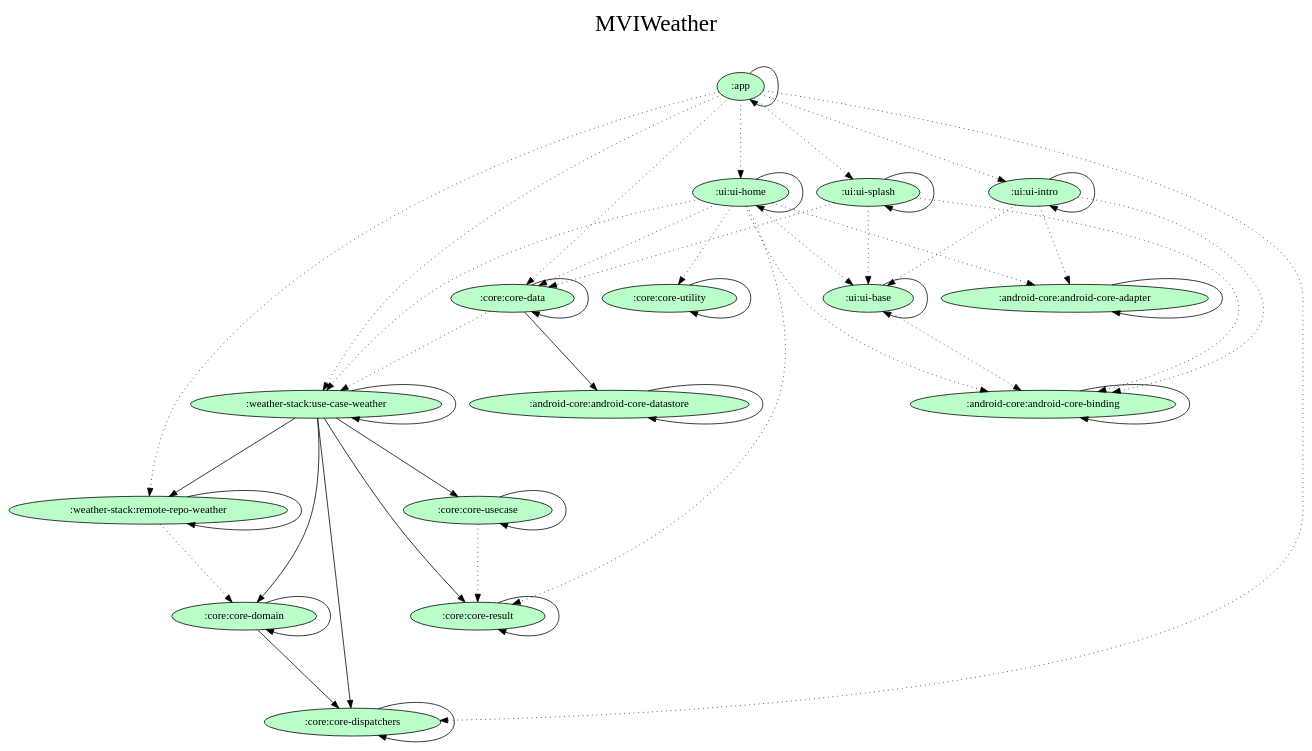
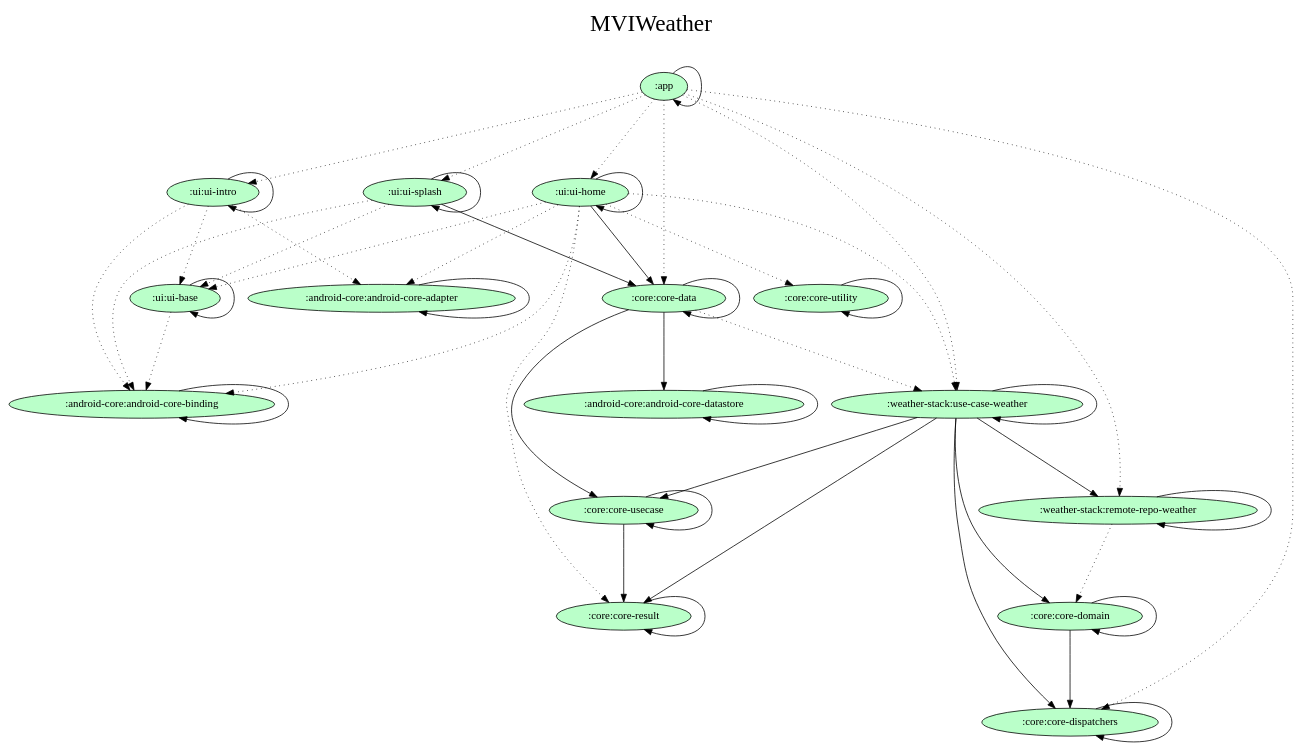
One commit to NXAN2901/mvi-coroutine changed the diagram in gradle/dependency-graph/project.dot. Above: the diagram before and after it, drawn with Graphviz. The commit also changed 1 other file, not shown here.

Commit message:
Update dependency graph

```diff
--- a/gradle/dependency-graph/project.dot
+++ b/gradle/dependency-graph/project.dot
@@ -1,76 +1,77 @@
 digraph {
   graph [label="MVIWeather\n ",labelloc=t,fontsize=30,ranksep=1.4];
   node [style=filled, fillcolor="#bbbbbb"];
   rankdir=TB;
 
   # Projects
 
   ":android-core:android-core-adapter" [fillcolor="#baffc9"];
   ":android-core:android-core-binding" [fillcolor="#baffc9"];
   ":android-core:android-core-datastore" [fillcolor="#baffc9"];
   ":app" [fillcolor="#baffc9"];
   ":core:core-data" [fillcolor="#baffc9"];
   ":core:core-dispatchers" [fillcolor="#baffc9"];
   ":core:core-domain" [fillcolor="#baffc9"];
   ":core:core-result" [fillcolor="#baffc9"];
   ":core:core-usecase" [fillcolor="#baffc9"];
   ":core:core-utility" [fillcolor="#baffc9"];
   ":ui:ui-base" [fillcolor="#baffc9"];
   ":ui:ui-home" [fillcolor="#baffc9"];
   ":ui:ui-intro" [fillcolor="#baffc9"];
   ":ui:ui-splash" [fillcolor="#baffc9"];
   ":weather-stack:remote-repo-weather" [fillcolor="#baffc9"];
   ":weather-stack:use-case-weather" [fillcolor="#baffc9"];
 
   {rank = same;}
 
   # Dependencies
 
   ":app" -> ":app"
   ":app" -> ":ui:ui-splash" [style=dotted]
   ":app" -> ":ui:ui-intro" [style=dotted]
   ":app" -> ":ui:ui-home" [style=dotted]
   ":app" -> ":weather-stack:remote-repo-weather" [style=dotted]
   ":app" -> ":core:core-dispatchers" [style=dotted]
   ":app" -> ":core:core-data" [style=dotted]
   ":app" -> ":weather-stack:use-case-weather" [style=dotted]
   ":android-core:android-core-adapter" -> ":android-core:android-core-adapter"
   ":android-core:android-core-binding" -> ":android-core:android-core-binding"
   ":android-core:android-core-datastore" -> ":android-core:android-core-datastore"
   ":core:core-data" -> ":android-core:android-core-datastore"
+  ":core:core-data" -> ":core:core-usecase"
   ":core:core-data" -> ":core:core-data"
   ":core:core-data" -> ":weather-stack:use-case-weather" [style=dotted]
   ":core:core-dispatchers" -> ":core:core-dispatchers"
   ":core:core-domain" -> ":core:core-dispatchers"
   ":core:core-domain" -> ":core:core-domain"
   ":core:core-result" -> ":core:core-result"
+  ":core:core-usecase" -> ":core:core-result"
   ":core:core-usecase" -> ":core:core-usecase"
-  ":core:core-usecase" -> ":core:core-result" [style=dotted]
   ":core:core-utility" -> ":core:core-utility"
   ":ui:ui-base" -> ":ui:ui-base"
   ":ui:ui-base" -> ":android-core:android-core-binding" [style=dotted]
+  ":ui:ui-home" -> ":core:core-data"
   ":ui:ui-home" -> ":ui:ui-home"
   ":ui:ui-home" -> ":ui:ui-base" [style=dotted]
   ":ui:ui-home" -> ":android-core:android-core-binding" [style=dotted]
   ":ui:ui-home" -> ":android-core:android-core-adapter" [style=dotted]
   ":ui:ui-home" -> ":weather-stack:use-case-weather" [style=dotted]
   ":ui:ui-home" -> ":core:core-result" [style=dotted]
-  ":ui:ui-home" -> ":core:core-data" [style=dotted]
   ":ui:ui-home" -> ":core:core-utility" [style=dotted]
   ":ui:ui-intro" -> ":ui:ui-intro"
   ":ui:ui-intro" -> ":ui:ui-base" [style=dotted]
   ":ui:ui-intro" -> ":android-core:android-core-binding" [style=dotted]
   ":ui:ui-intro" -> ":android-core:android-core-adapter" [style=dotted]
+  ":ui:ui-splash" -> ":core:core-data"
   ":ui:ui-splash" -> ":ui:ui-splash"
   ":ui:ui-splash" -> ":ui:ui-base" [style=dotted]
   ":ui:ui-splash" -> ":android-core:android-core-binding" [style=dotted]
-  ":ui:ui-splash" -> ":core:core-data" [style=dotted]
   ":weather-stack:remote-repo-weather" -> ":weather-stack:remote-repo-weather"
   ":weather-stack:remote-repo-weather" -> ":core:core-domain" [style=dotted]
   ":weather-stack:use-case-weather" -> ":core:core-domain"
   ":weather-stack:use-case-weather" -> ":core:core-dispatchers"
   ":weather-stack:use-case-weather" -> ":core:core-usecase"
   ":weather-stack:use-case-weather" -> ":core:core-result"
   ":weather-stack:use-case-weather" -> ":weather-stack:remote-repo-weather"
   ":weather-stack:use-case-weather" -> ":weather-stack:use-case-weather"
 }
```
